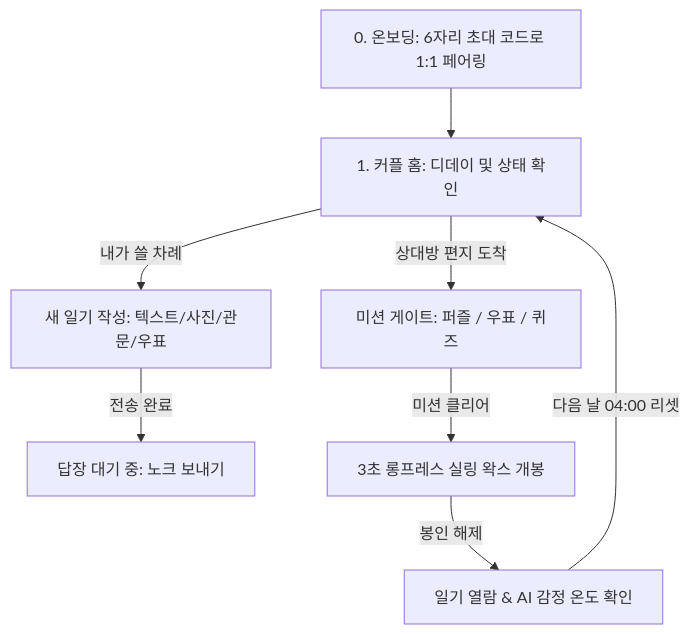
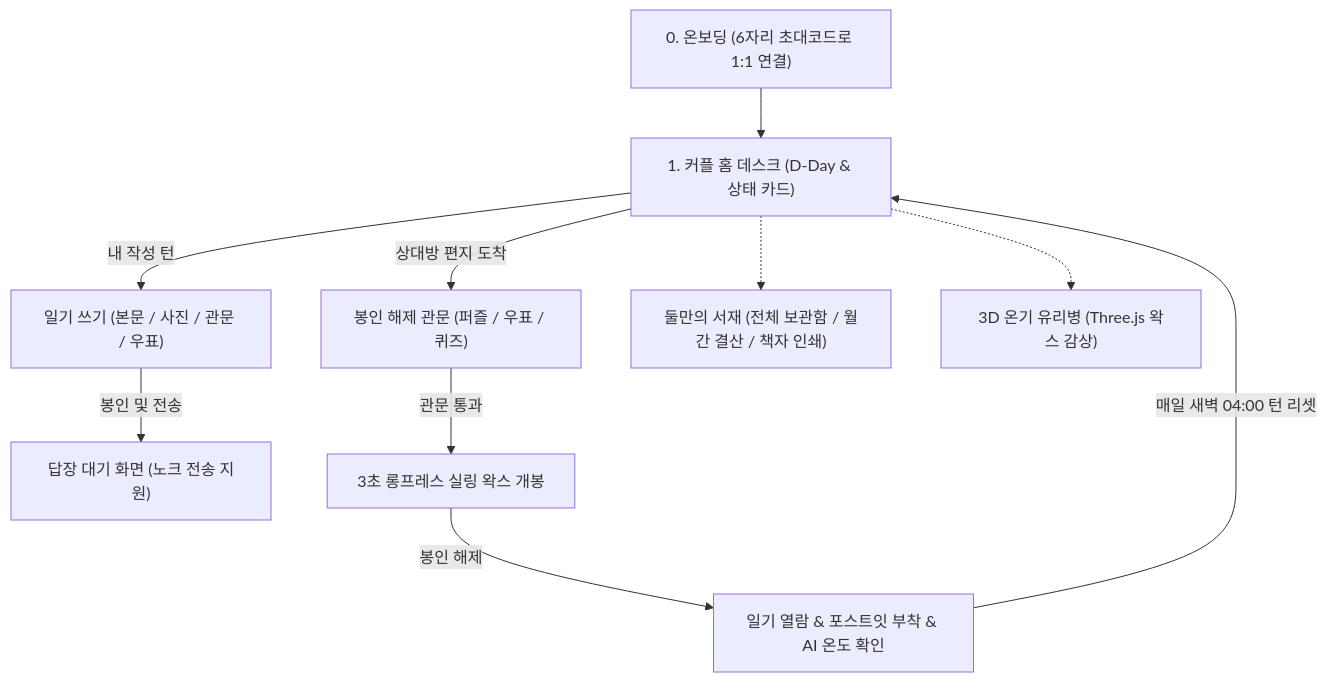
One commit to meisteryi/Warmth changed the diagram in README.md. Above: the diagram before and after it, drawn with Mermaid. The commit also changed other lines of this file, not shown here.

````diff
--- a/README.md
+++ b/README.md
@@ -69,10 +75,12 @@
 ```mermaid
-graph TD
-    A[0. 온보딩: 6자리 초대 코드로 1:1 페어링] --> B[1. 커플 홈: 디데이 및 상태 확인]
-    B -->|내가 쓸 차례| C[새 일기 작성: 텍스트/사진/관문/우표]
-    B -->|상대방 편지 도착| D[미션 게이트: 퍼즐 / 우표 / 퀴즈]
-    C -->|전송 완료| E[답장 대기 중: 노크 보내기]
-    D -->|미션 클리어| F[3초 롱프레스 실링 왁스 개봉]
-    F -->|봉인 해제| G[일기 열람 & AI 감정 온도 확인]
-    G -->|다음 날 04:00 리셋| B
+flowchart TD
+    A["0. 온보딩 (6자리 초대코드로 1:1 연결)"] --> B["1. 커플 홈 데스크 (D-Day & 상태 카드)"]
+    B -->|"내 작성 턴"| C["일기 쓰기 (본문 / 사진 / 관문 / 우표)"]
+    B -->|"상대방 편지 도착"| D["봉인 해제 관문 (퍼즐 / 우표 / 퀴즈)"]
+    C -->|"봉인 및 전송"| E["답장 대기 화면 (노크 전송 지원)"]
+    D -->|"관문 통과"| F["3초 롱프레스 실링 왁스 개봉"]
+    F -->|"봉인 해제"| G["일기 열람 & 포스트잇 부착 & AI 온도 확인"]
+    G -->|"매일 새벽 04:00 턴 리셋"| B
+    B -.-> H["둘만의 서재 (전체 보관함 / 월간 결산 / 책자 인쇄)"]
+    B -.-> I["3D 온기 유리병 (Three.js 왁스 감상)"]
 ```
````
